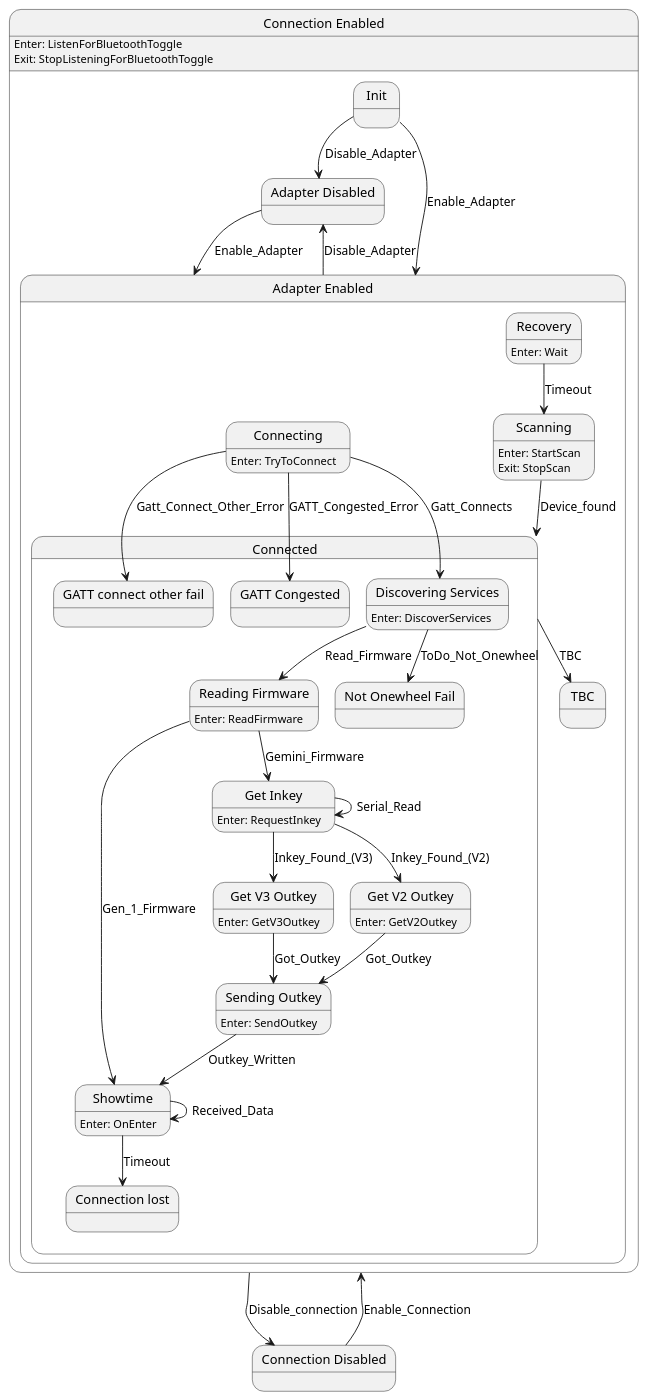
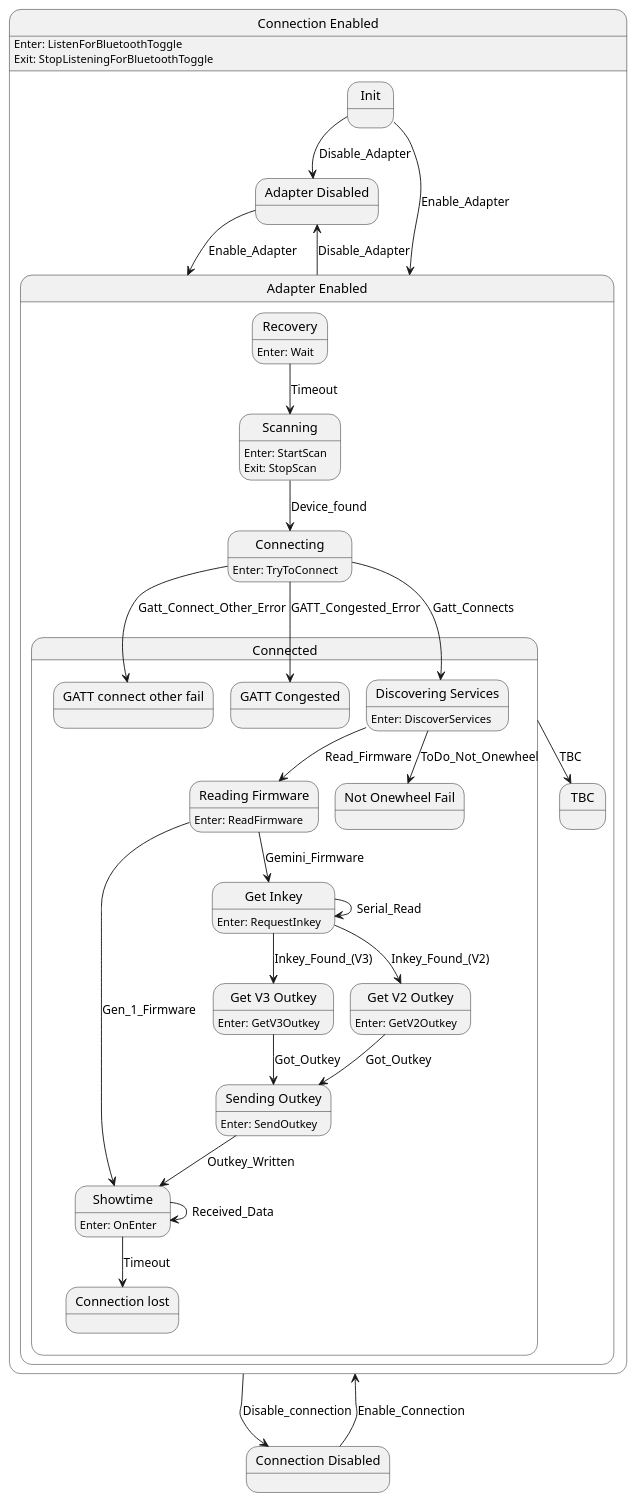
The diagram in doc/ponewheel-state.plantuml (tekkies/android-ponewheel), drawn with PlantUML before and after one commit. The commit also changed 3 other files, not shown here.

```diff
--- a/doc/ponewheel-state.plantuml
+++ b/doc/ponewheel-state.plantuml
@@ -1,80 +1,80 @@
 @startuml
 state "Connection Enabled" as Connection_Enabled  {
     state "Adapter Disabled" as Adapter_Disabled  {
     }
     state "Adapter Enabled" as Adapter_Enabled  {
         state "Connected" as Connected  {
             state "Reading Firmware" as Reading_Firmware  {
 Reading_Firmware : Enter: ReadFirmware
             }
             state "Showtime" as Showtime  {
 Showtime : Enter: OnEnter
             }
             state "Get Inkey" as Get_Inkey  {
 Get_Inkey : Enter: RequestInkey
             }
             state "Get V2 Outkey" as Get_V2_Outkey  {
 Get_V2_Outkey : Enter: GetV2Outkey
             }
             state "Get V3 Outkey" as Get_V3_Outkey  {
 Get_V3_Outkey : Enter: GetV3Outkey
             }
             state "Sending Outkey" as Sending_Outkey  {
 Sending_Outkey : Enter: SendOutkey
             }
             state "GATT connect other fail" as GATT_connect_other_fail  {
             }
             state "GATT Congested" as GATT_Congested  {
             }
             state "Not Onewheel Fail" as Not_Onewheel_Fail  {
             }
             state "Connection lost" as Connection_lost  {
             }
             state "Discovering Services" as Discovering_Services  {
 Discovering_Services : Enter: DiscoverServices
             }
         }
         state "Connecting" as Connecting  {
 Connecting : Enter: TryToConnect
         }
         state "Recovery" as Recovery  {
 Recovery : Enter: Wait
         }
         state "TBC" as TBC  {
         }
         state "Scanning" as Scanning  {
 Scanning : Enter: StartScan\nExit: StopScan
         }
     }
     state "Init" as Init  {
     }
 Connection_Enabled : Enter: ListenForBluetoothToggle\nExit: StopListeningForBluetoothToggle
 }
 state "Connection Disabled" as Connection_Disabled  {
 }
 Adapter_Disabled --> Adapter_Enabled : Enable_Adapter
 Reading_Firmware --> Showtime : Gen_1_Firmware
 Reading_Firmware --> Get_Inkey : Gemini_Firmware
 Showtime --> Showtime : Received_Data
 Showtime --> Connection_lost : Timeout
 Get_Inkey --> Get_Inkey : Serial_Read
 Get_Inkey --> Get_V2_Outkey : Inkey_Found_(V2)
 Get_Inkey --> Get_V3_Outkey : Inkey_Found_(V3)
 Get_V2_Outkey --> Sending_Outkey : Got_Outkey
 Get_V3_Outkey --> Sending_Outkey : Got_Outkey
 Sending_Outkey --> Showtime : Outkey_Written
 Discovering_Services --> Not_Onewheel_Fail : ToDo_Not_Onewheel
 Discovering_Services --> Reading_Firmware : Read_Firmware
 Connected --> TBC : TBC
 Connecting --> Discovering_Services : Gatt_Connects
 Connecting --> GATT_connect_other_fail : Gatt_Connect_Other_Error
 Connecting --> GATT_Congested : GATT_Congested_Error
 Recovery --> Scanning : Timeout
-Scanning --> Connected : Device_found
+Scanning --> Connecting : Device_found
 Adapter_Enabled --> Adapter_Disabled : Disable_Adapter
 Init --> Adapter_Enabled : Enable_Adapter
 Init --> Adapter_Disabled : Disable_Adapter
 Connection_Enabled --> Connection_Disabled : Disable_connection
 Connection_Disabled --> Connection_Enabled : Enable_Connection
  
 @enduml
```
